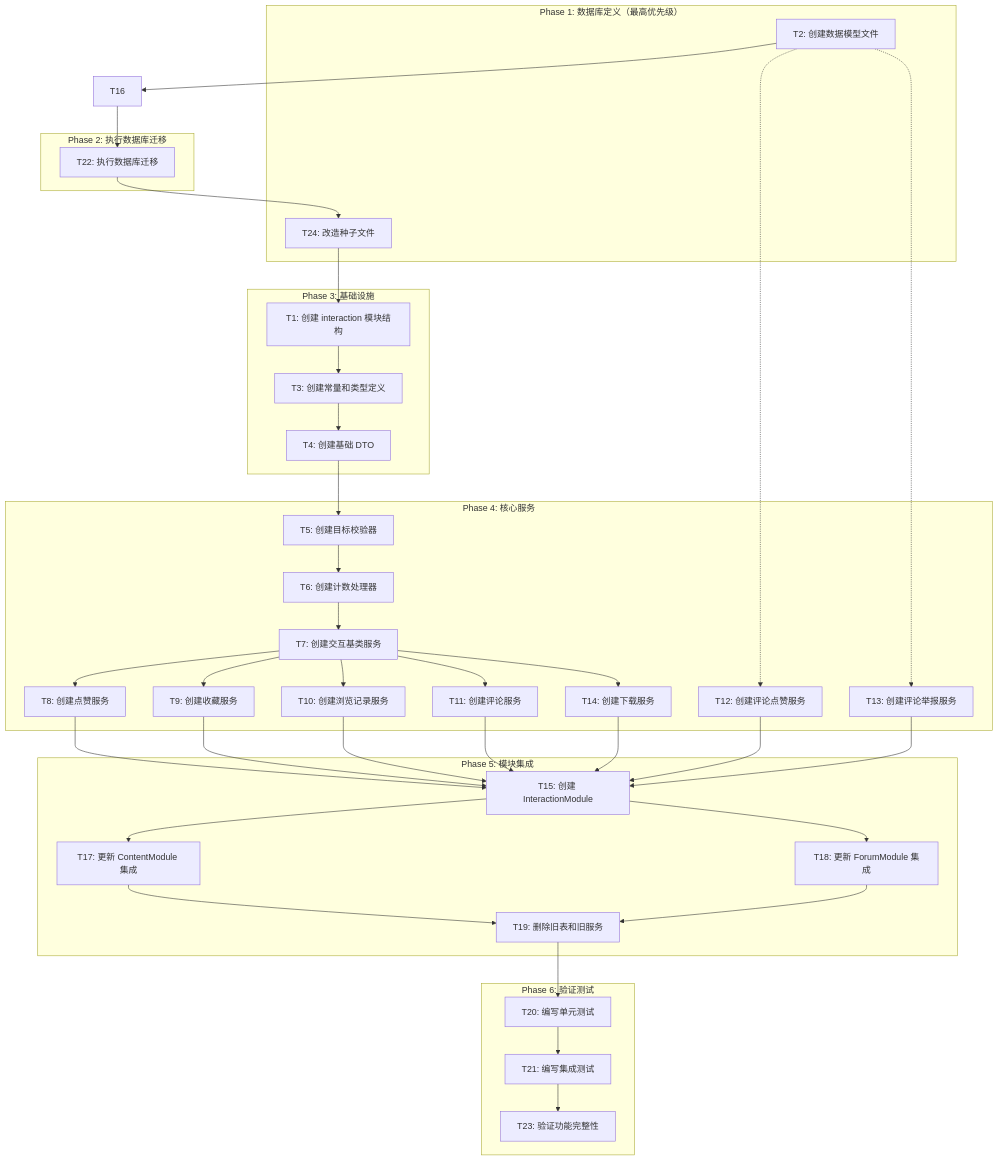
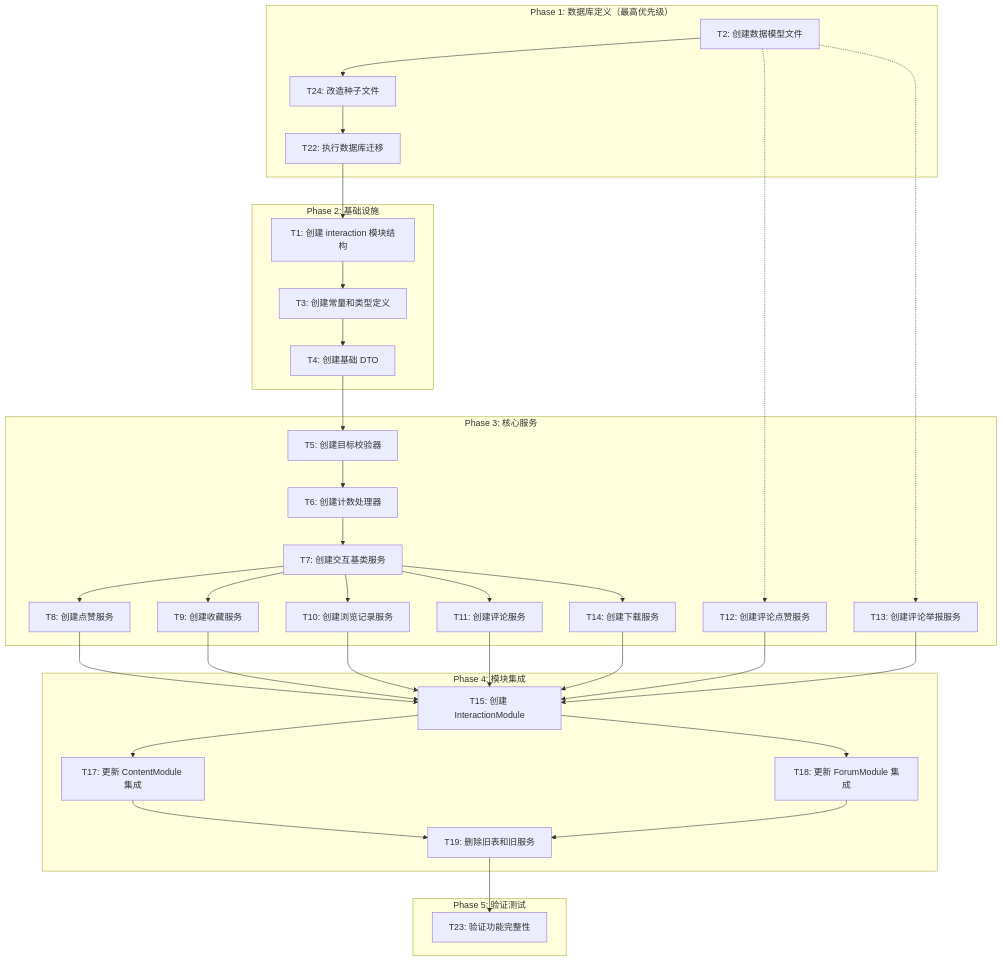
One commit to oneStrike/es-server changed the diagram in docs/统一交互模块重构/TASK_统一交互模块.md. Above: the diagram before and after it, drawn with Mermaid. The commit also changed other lines of this file and 114 other files, not shown here.

````diff
--- a/docs/统一交互模块重构/TASK_统一交互模块.md
+++ b/docs/统一交互模块重构/TASK_统一交互模块.md
@@ -5,80 +5,71 @@
 ```mermaid
 graph TB
     subgraph "Phase 1: 数据库定义（最高优先级）"
         T2[T2: 创建数据模型文件]
         T24[T24: 改造种子文件]
-       
+        T22[T22: 执行数据库迁移]
     end
 
-    subgraph "Phase 2: 执行数据库迁移"
-         T22[T22: 执行数据库迁移]
-    end
-
-    subgraph "Phase 3: 基础设施"
+    subgraph "Phase 2: 基础设施"
         T1[T1: 创建 interaction 模块结构]
         T3[T3: 创建常量和类型定义]
         T4[T4: 创建基础 DTO]
     end
 
-    subgraph "Phase 4: 核心服务"
+    subgraph "Phase 3: 核心服务"
         T5[T5: 创建目标校验器]
         T6[T6: 创建计数处理器]
         T7[T7: 创建交互基类服务]
         T8[T8: 创建点赞服务]
         T9[T9: 创建收藏服务]
         T10[T10: 创建浏览记录服务]
         T11[T11: 创建评论服务]
         T12[T12: 创建评论点赞服务]
         T13[T13: 创建评论举报服务]
         T14[T14: 创建下载服务]
     end
 
-    subgraph "Phase 5: 模块集成"
+    subgraph "Phase 4: 模块集成"
         T15[T15: 创建 InteractionModule]
         T17[T17: 更新 ContentModule 集成]
         T18[T18: 更新 ForumModule 集成]
         T19[T19: 删除旧表和旧服务]
     end
 
-    subgraph "Phase 6: 验证测试"
-        T20[T20: 编写单元测试]
-        T21[T21: 编写集成测试]
+    subgraph "Phase 5: 验证测试"
         T23[T23: 验证功能完整性]
     end
 
     %% 数据库定义阶段（必须先完成）
-    T2 --> T16 --> T22
+    T2 --> T24 --> T22
 
-    %% 数据库迁移成功后才能进行种子文件改造
-    T22 --> T24
-
-    %% 种子文件改造后才能进行基础设施
-    T24 --> T1 --> T3 --> T4
+    %% 数据库迁移成功后才能进行基础设施
+    T22 --> T1 --> T3 --> T4
 
     %% 基础设施完成后进行核心服务开发
     T4 --> T5 --> T6 --> T7
     T7 --> T8
     T7 --> T9
     T7 --> T10
     T7 --> T11
     T7 --> T14
     T2 -.-> T12
     T2 -.-> T13
 
     %% 核心服务完成后进行模块集成
     T8 --> T15
     T9 --> T15
     T10 --> T15
     T11 --> T15
     T12 --> T15
     T13 --> T15
     T14 --> T15
 
     T15 --> T17
     T15 --> T18
     T17 --> T19
     T18 --> T19
 
-    %% 最后进行测试验证
-    T19 --> T20 --> T21 --> T23
+    %% 最后进行功能验证
+    T19 --> T23
 ```
````
